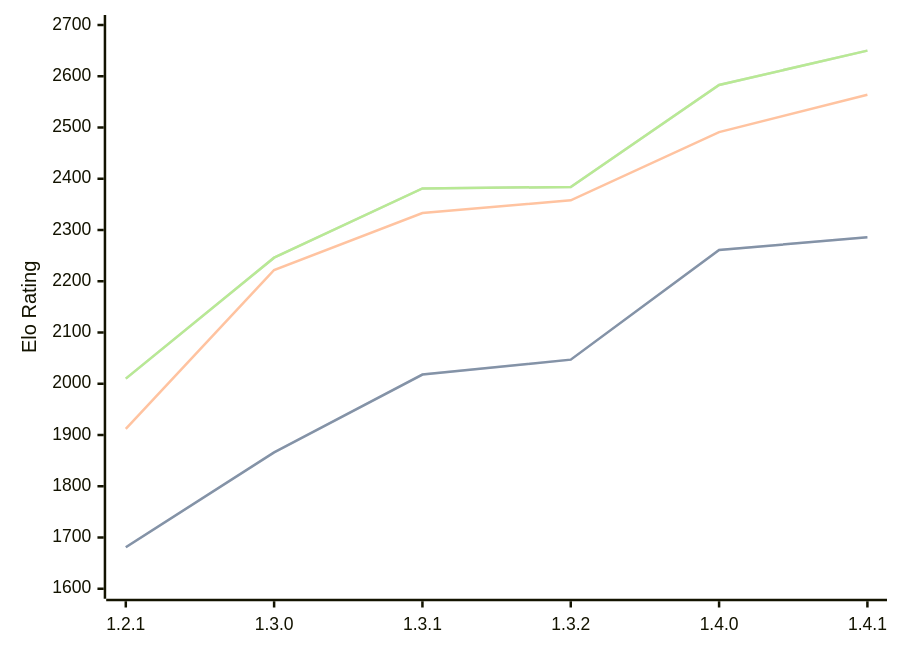
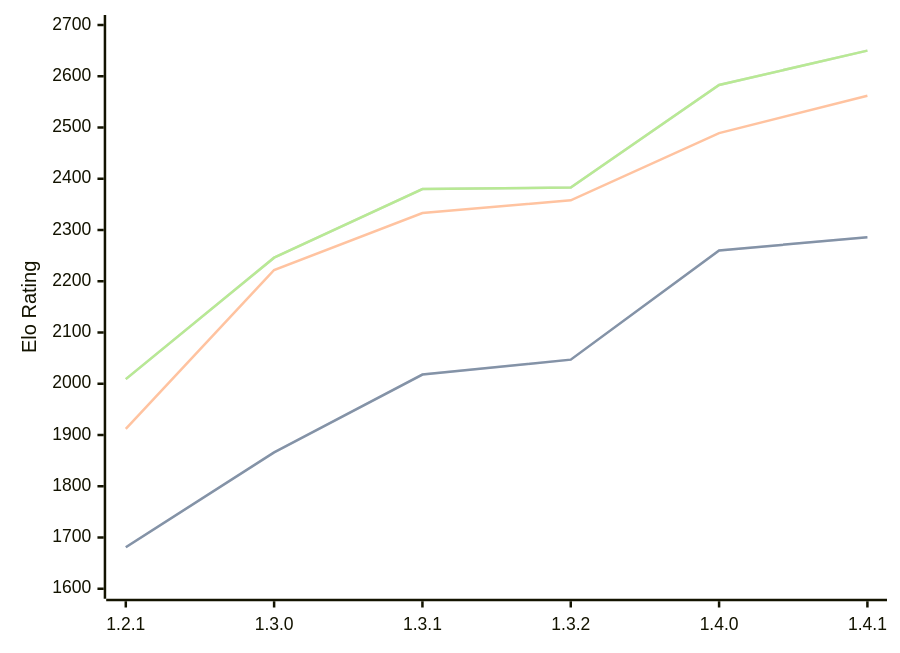
Before and after one commit to computer-chess-index/cci: the diagram in engines/Chal.md, drawn with Mermaid. The commit also changed other lines of this file, not shown here.

Commit message:
Update CCI Ratings (ELO VLTC) - 2026-08-28

````diff
--- a/engines/Chal.md
+++ b/engines/Chal.md
@@ -36,11 +36,11 @@
 ```mermaid
 %%{init: {"theme":"base","themeVariables":{"seriesColors:['#a3a3a3','#222221','#faa371']}}}%%
 xychart-beta
   x-axis ["1.2.1", "1.3.0", "1.3.1", "1.3.2", "1.4.0", "1.4.1"]
   y-axis "Elo Rating" 1600 --> 2700
-  line "" [1681, 1866, 2018, 2047, 2261, 2286]
-  line "STC (8.0+0.08s)" [1681, 1866, 2018, 2047, 2261, 2286]
-  line "LTC (60.0+0.60s)" [1912, 2222, 2333, 2358, 2491, 2564]
-  line "" [2010, 2246, 2381, 2384, 2583, 2650]
-  line "VLTC (2m24s+1.12s)" [2010, 2246, 2381, 2384, 2583, 2650]
+  line "" [1681, 1866, 2018, 2047, 2260, 2286]
+  line "STC (8.0+0.08s)" [1681, 1866, 2018, 2047, 2260, 2286]
+  line "LTC (60.0+0.60s)" [1912, 2222, 2333, 2358, 2489, 2562]
+  line "" [2009, 2246, 2380, 2383, 2583, 2650]
+  line "VLTC (2m24s+1.12s)" [2009, 2246, 2380, 2383, 2583, 2650]
 ```
````
